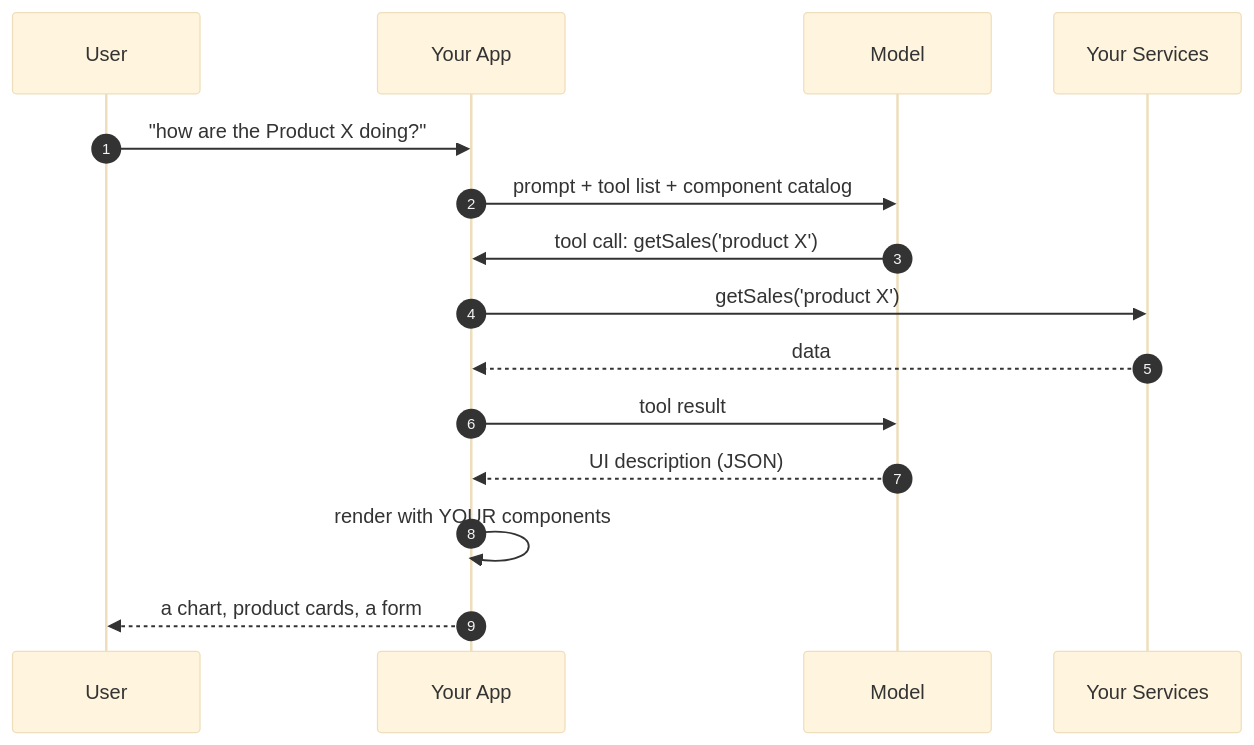
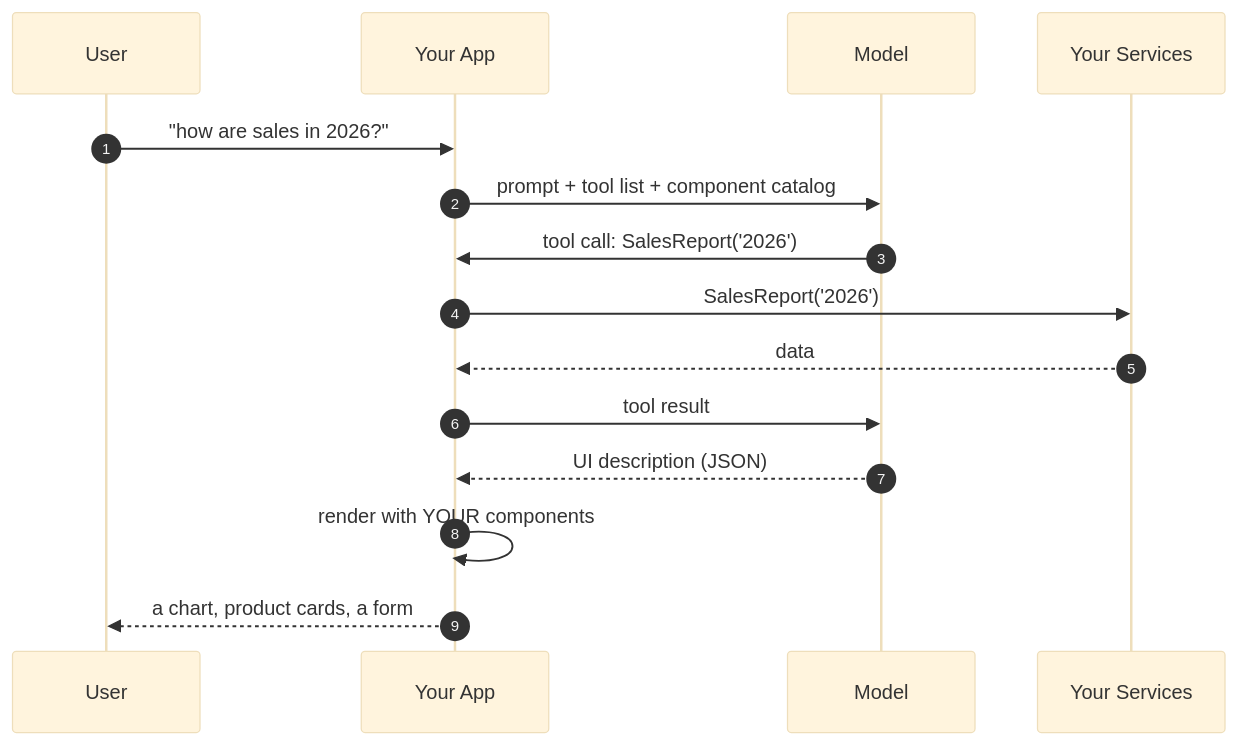
The first of 3 diagrams in decks/09-short-version.md (fb-talks/generative-ui), drawn with Mermaid (base theme) before and after one commit. The commit also changed other lines of this file and 2 other files, not shown here.

````diff
--- a/decks/09-short-version.md
+++ b/decks/09-short-version.md
@@ -195,18 +181,18 @@
 ```mermaid
 sequenceDiagram
     autonumber
     participant U as User
     participant A as Your App
     participant M as Model
     participant S as Your Services
 
-    U->>A: "how are the Product X doing?"
+    U->>A: "how are sales in 2026?"
     A->>M: prompt + tool list + component catalog
-    M->>A: tool call: getSales('product X')
-    A->>S: getSales('product X')
+    M->>A: tool call: SalesReport('2026')
+    A->>S: SalesReport('2026')
     S-->>A: data
     A->>M: tool result
     M-->>A: UI description (JSON)
     A->>A: render with YOUR components
     A-->>U: a chart, product cards, a form
 ```
````
